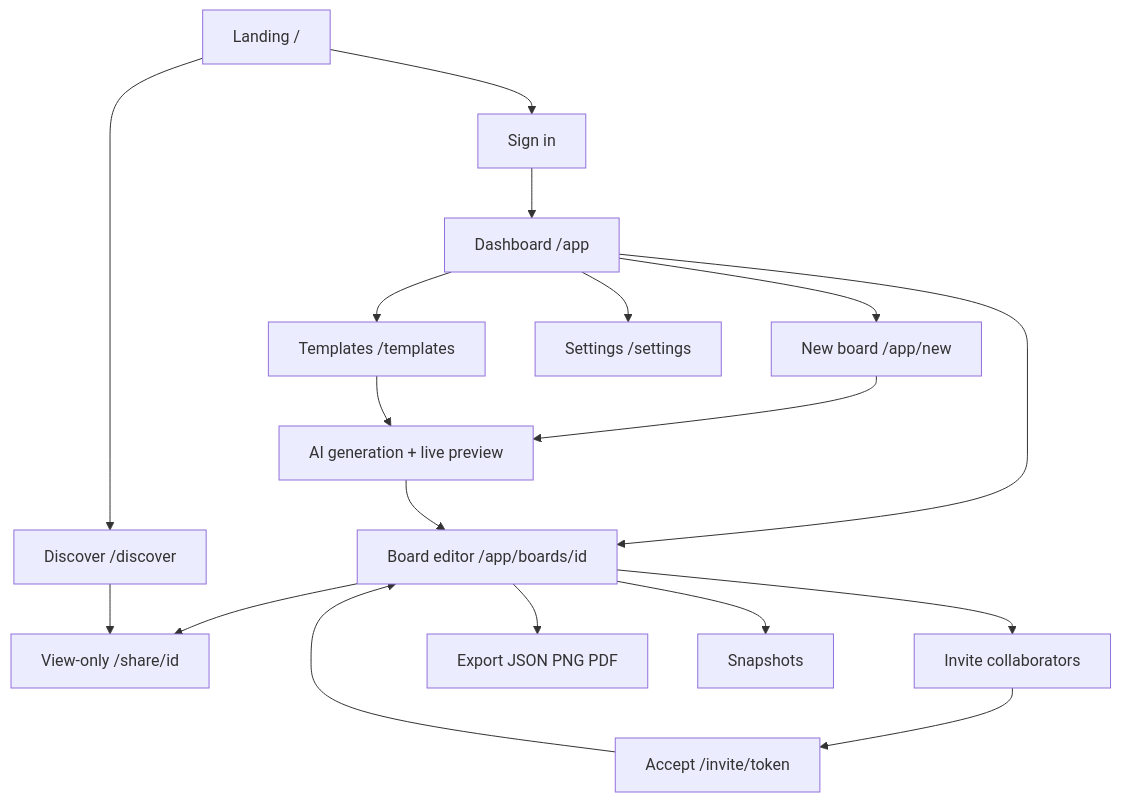
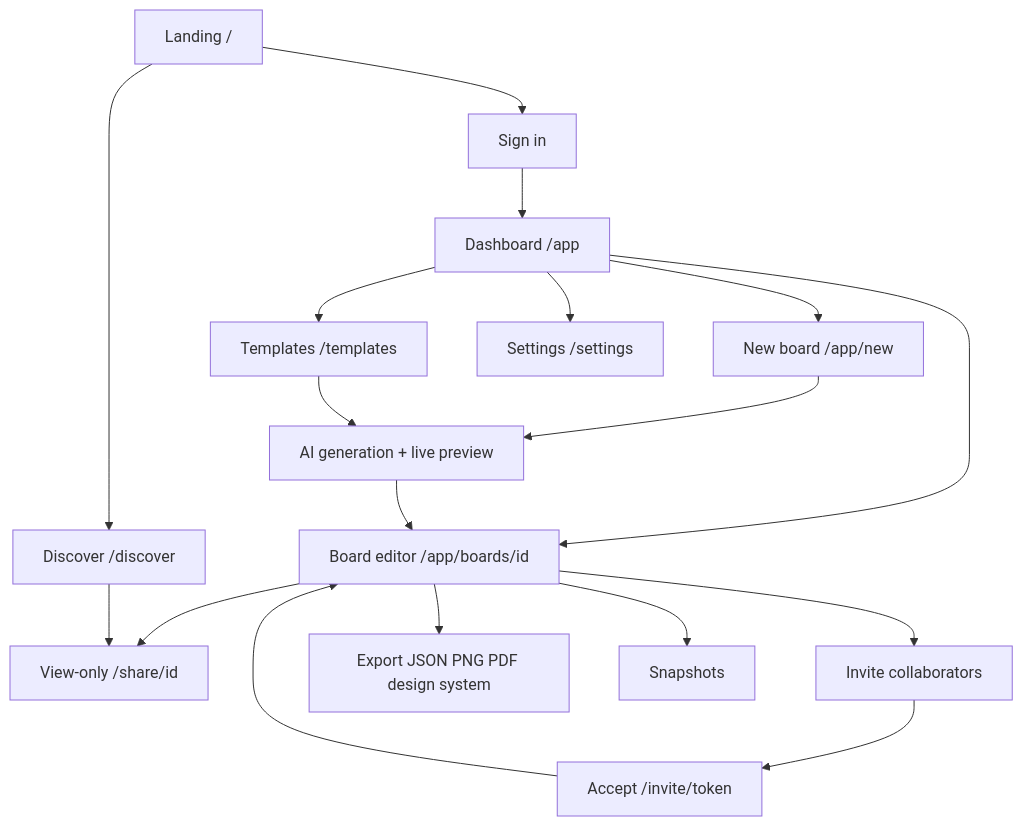
One commit to NehangPatel23/Moodboard-AI changed the diagram in docs/FEATURES.md. Above: the diagram before and after it, drawn with Mermaid. The commit also changed other lines of this file and 15 other files, not shown here.

First line of the commit message:
Ship Sprint E design system export and AI button polish.

````diff
--- a/docs/FEATURES.md
+++ b/docs/FEATURES.md
@@ -13,24 +13,24 @@
 ```mermaid
 flowchart TB
   landing["Landing /"] --> signin["Sign in"]
   landing --> discover["Discover /discover"]
 
   signin --> dash["Dashboard /app"]
   dash --> new["New board /app/new"]
   dash --> tmpl["Templates /templates"]
   dash --> edit["Board editor /app/boards/id"]
   dash --> sett["Settings /settings"]
 
   new --> gen["AI generation + live preview"]
   tmpl --> gen
   gen --> edit
 
   edit --> share["View-only /share/id"]
   edit --> collab["Invite collaborators"]
-  edit --> export["Export JSON PNG PDF"]
+  edit --> export["Export JSON PNG PDF design system"]
   edit --> snap["Snapshots"]
 
   discover --> share
   collab --> invite["Accept /invite/token"]
   invite --> edit
 ```
````
